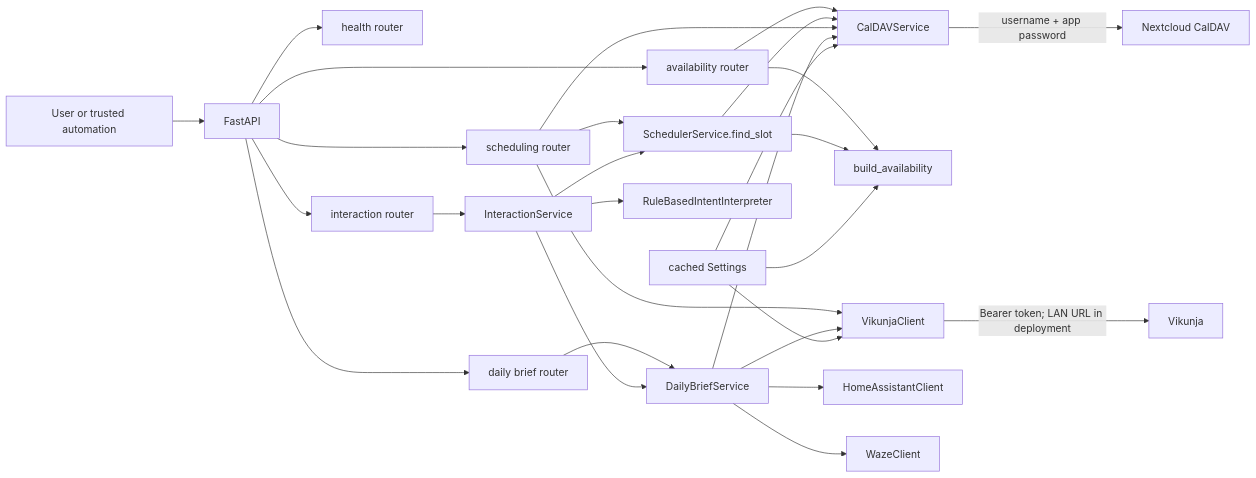
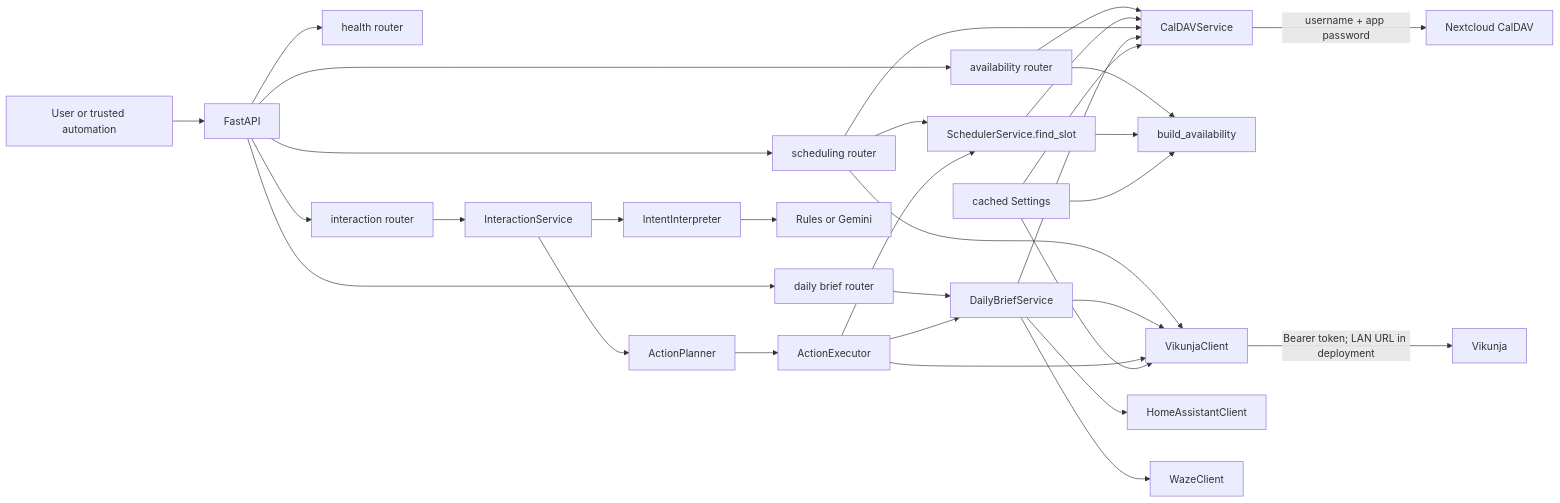
The diagram in docs/architecture.md (daviswmiller057/beacon-api), drawn with Mermaid before and after one commit. The commit also changed other lines of this file and 22 other files, not shown here.

````diff
--- a/docs/architecture.md
+++ b/docs/architecture.md
@@ -11,30 +11,34 @@
 ```mermaid
 flowchart LR
     Caller["User or trusted automation"] --> API["FastAPI"]
     API --> H["health router"]
     API --> AR["availability router"]
     API --> SR["scheduling router"]
     AR --> C["CalDAVService"]
     AR --> E["build_availability"]
     SR --> V["VikunjaClient"]
     SR --> S["SchedulerService.find_slot"]
     S --> C
     S --> E
     SR --> C
     API --> DBR["daily brief router"]
     DBR --> DBS["DailyBriefService"]
     DBS --> C
     DBS --> V
     DBS --> HA["HomeAssistantClient"]
     DBS --> W["WazeClient"]
     API --> IR["interaction router"]
     IR --> IS["InteractionService"]
-    IS --> RI["RuleBasedIntentInterpreter"]
-    IS --> S
-    IS --> DBS
+    IS --> II["IntentInterpreter"]
+    II --> RI["Rules or Gemini"]
+    IS --> AP["ActionPlanner"]
+    AP --> AE["ActionExecutor"]
+    AE --> V
+    AE --> S
+    AE --> DBS
     V -->|"Bearer token; LAN URL in deployment"| VS["Vikunja"]
     C -->|"username + app password"| NC["Nextcloud CalDAV"]
     CFG["cached Settings"] --> V
     CFG --> C
     CFG --> E
 ```
````
